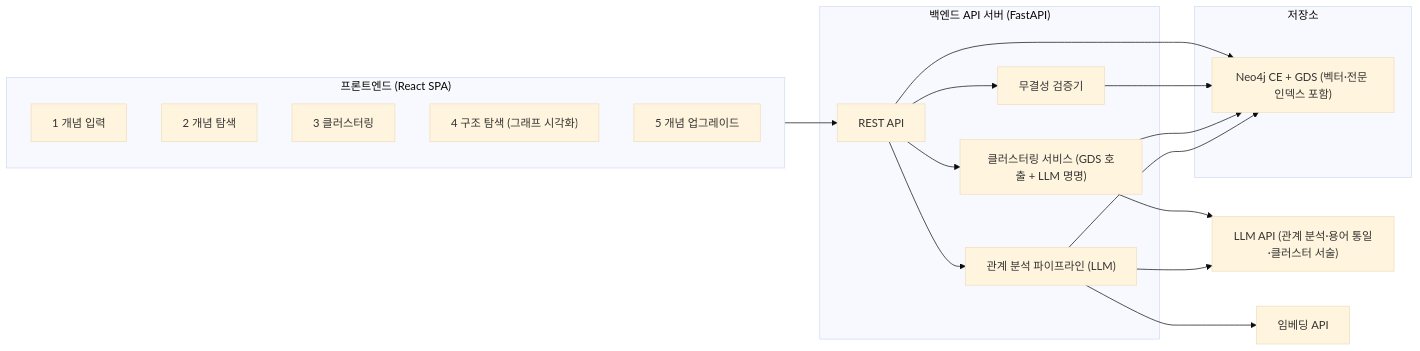
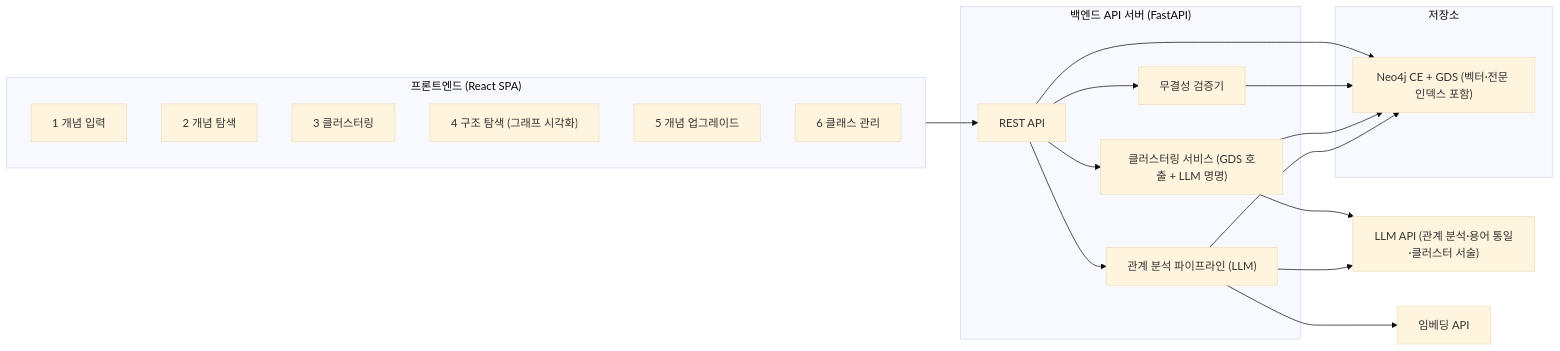
The first of 3 diagrams in docs/design/concept-vault-service-design.md (Gyu100-Kim/hermes-agent-gyu100), drawn with Mermaid (base theme) before and after one commit. The commit also changed other lines of this file, not shown here.

````diff
--- a/docs/design/concept-vault-service-design.md
+++ b/docs/design/concept-vault-service-design.md
@@ -199,33 +200,34 @@
 ```mermaid
 graph LR
     subgraph frontend["프론트엔드 (React SPA)"]
         f1["1 개념 입력"]
         f2["2 개념 탐색"]
         f3["3 클러스터링"]
         f4["4 구조 탐색 (그래프 시각화)"]
         f5["5 개념 업그레이드"]
+        f6["6 클래스 관리"]
     end
     subgraph backend["백엔드 API 서버 (FastAPI)"]
         api["REST API"]
         pipeline["관계 분석 파이프라인 (LLM)"]
         cluster["클러스터링 서비스 (GDS 호출 + LLM 명명)"]
         validator["무결성 검증기"]
     end
     subgraph store["저장소"]
         neo4j["Neo4j CE + GDS (벡터·전문 인덱스 포함)"]
     end
     llm["LLM API (관계 분석·용어 통일·클러스터 서술)"]
     emb["임베딩 API"]
 
     frontend --> api
     api --> pipeline
     api --> cluster
     api --> validator
     pipeline --> llm
     pipeline --> emb
     pipeline --> neo4j
     cluster --> neo4j
     cluster --> llm
     validator --> neo4j
     api --> neo4j
 ```
````
